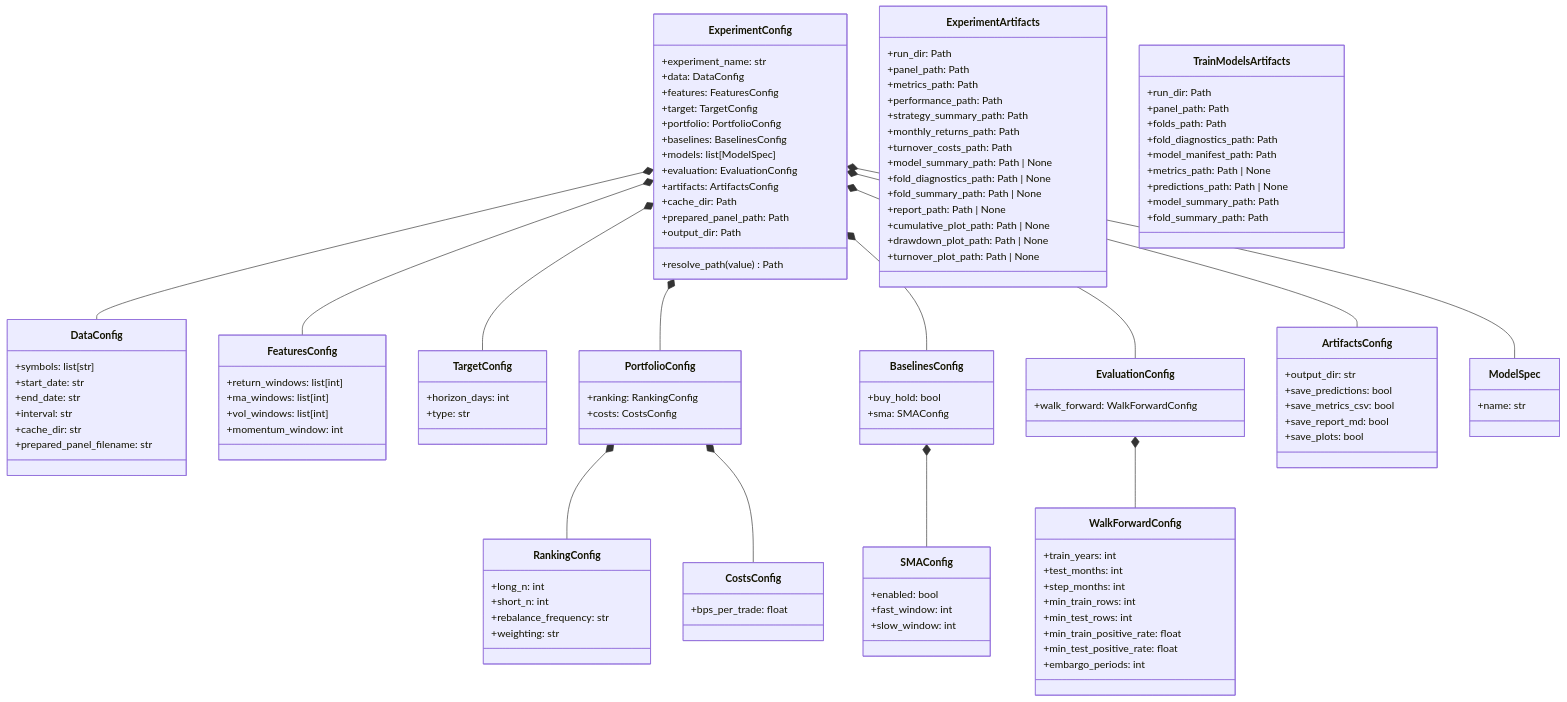
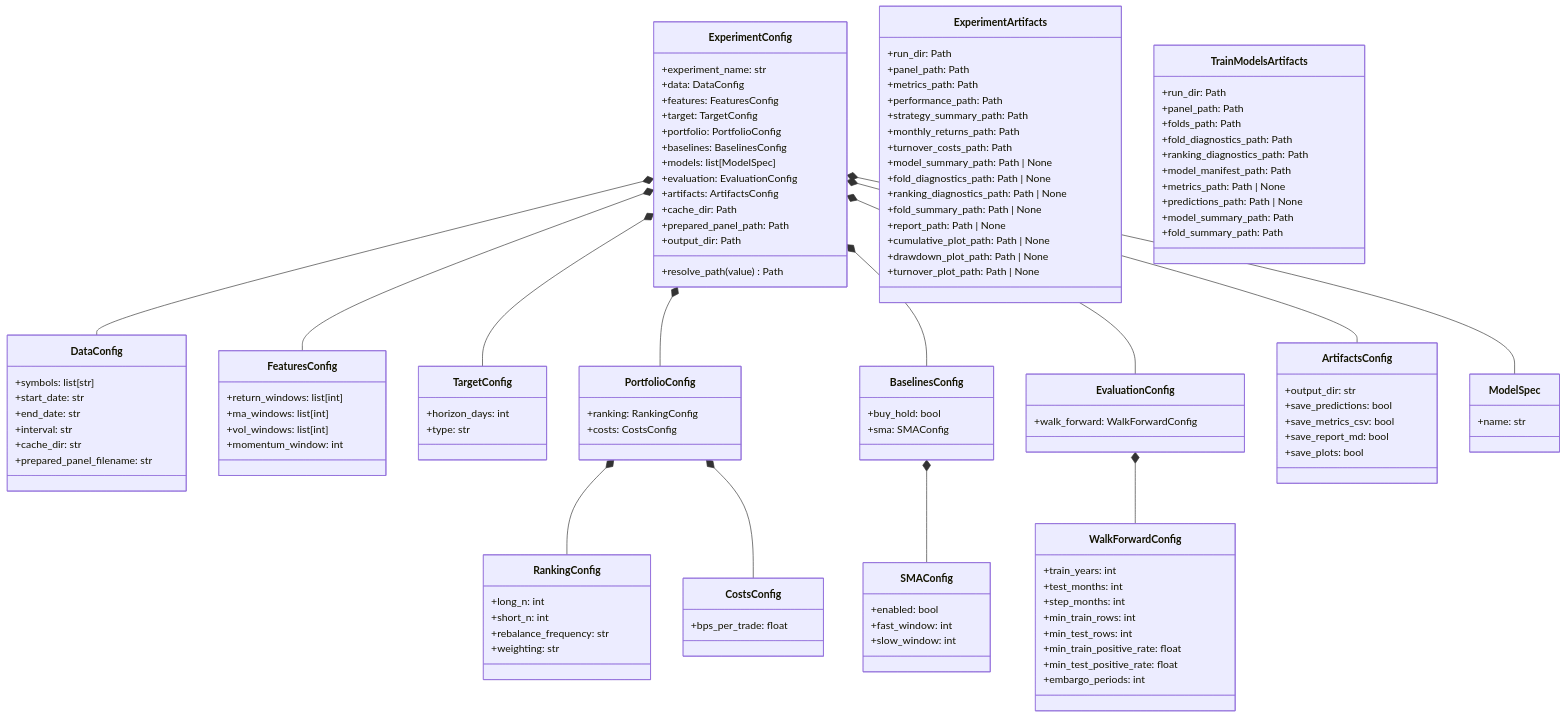
The sixth of 6 diagrams in ARCHITECTURE.md (ricardogr07/market-lab), drawn with Mermaid before and after one commit. The commit also changed other lines of this file and 1 other file, not shown here.

Commit message:
docs: document ranking-aware evaluation artifacts

```diff
--- a/ARCHITECTURE.md
+++ b/ARCHITECTURE.md
@@ -354,6 +355,7 @@
       +turnover_costs_path: Path
       +model_summary_path: Path | None
       +fold_diagnostics_path: Path | None
+      +ranking_diagnostics_path: Path | None
       +fold_summary_path: Path | None
       +report_path: Path | None
       +cumulative_plot_path: Path | None
@@ -366,6 +368,7 @@
       +panel_path: Path
       +folds_path: Path
       +fold_diagnostics_path: Path
+      +ranking_diagnostics_path: Path
       +model_manifest_path: Path
       +metrics_path: Path | None
       +predictions_path: Path | None
```
